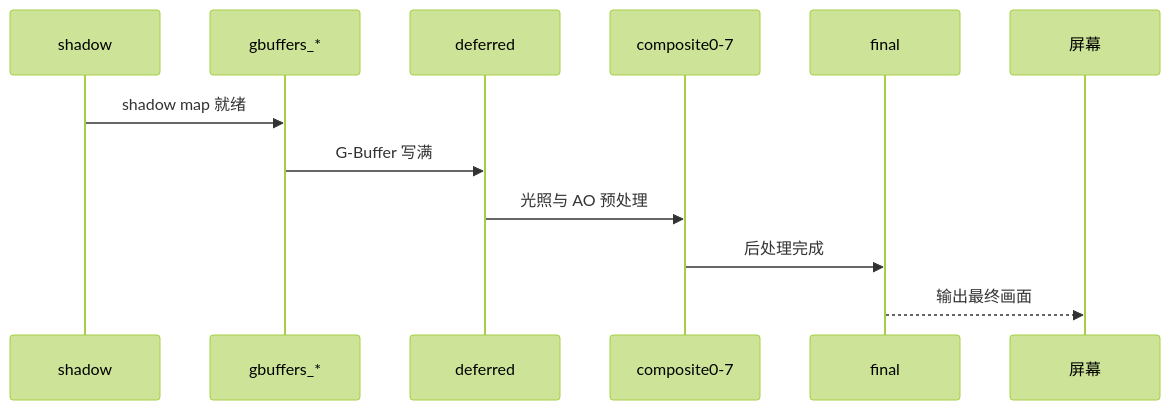
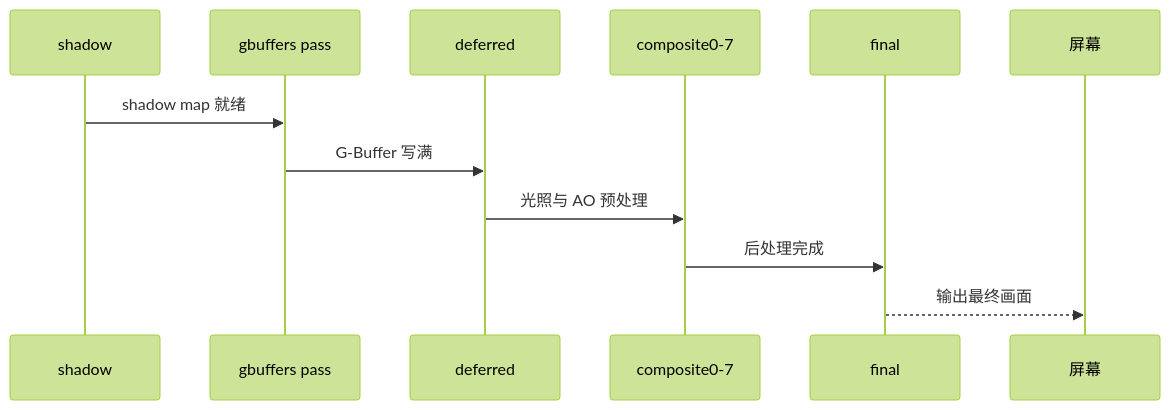
The second of 2 diagrams in src/content/docs/10-ship/04-bsl-guide.md (TT432/iris-shader-tutorial), drawn with Mermaid (forest theme) before and after one commit. The commit also changed other lines of this file and 1 other file, not shown here.

Commit message:
fix: restore BSL guide page generation

````diff
--- a/src/content/docs/10-ship/04-bsl-guide.md
+++ b/src/content/docs/10-ship/04-bsl-guide.md
@@ -76,13 +76,14 @@
 ```mermaid
 sequenceDiagram
     participant S as shadow
-    participant G as gbuffers_*
+    participant G as gbuffers pass
     participant D as deferred
     participant C as composite0-7
     participant F as final
+    participant O as 屏幕
     S->>G: shadow map 就绪
     G->>D: G-Buffer 写满
     D->>C: 光照与 AO 预处理
     C->>F: 后处理完成
-    F-->>屏幕: 输出最终画面
+    F-->>O: 输出最终画面
 ```
````
